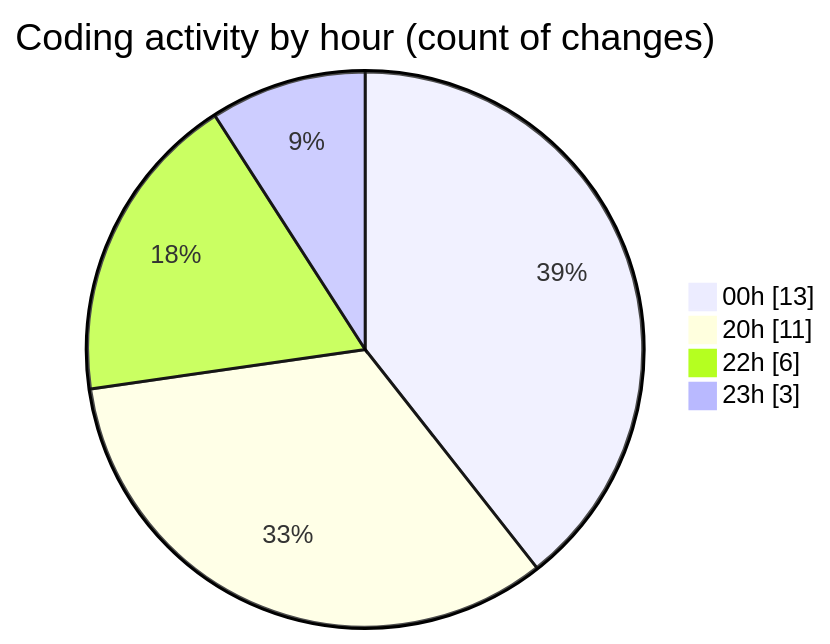
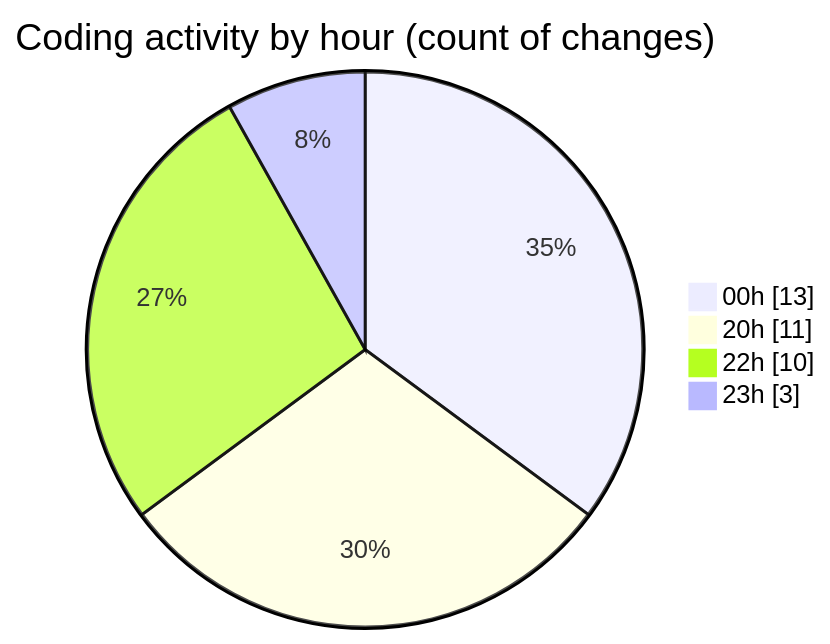
The second of 2 diagrams in 2025-04-22/echo/README.md (Netris89/code-tracking), drawn with Mermaid before and after one commit. The commit also changed other lines of this file and 1 other file, not shown here.

````diff
--- a/2025-04-22/echo/README.md
+++ b/2025-04-22/echo/README.md
@@ -36,8 +36,8 @@
 ```mermaid
 pie showData
 title Coding activity by hour (count of changes)
 "00h" : 13
 "20h" : 11
-"22h" : 6
+"22h" : 10
 "23h" : 3
 ```
````
